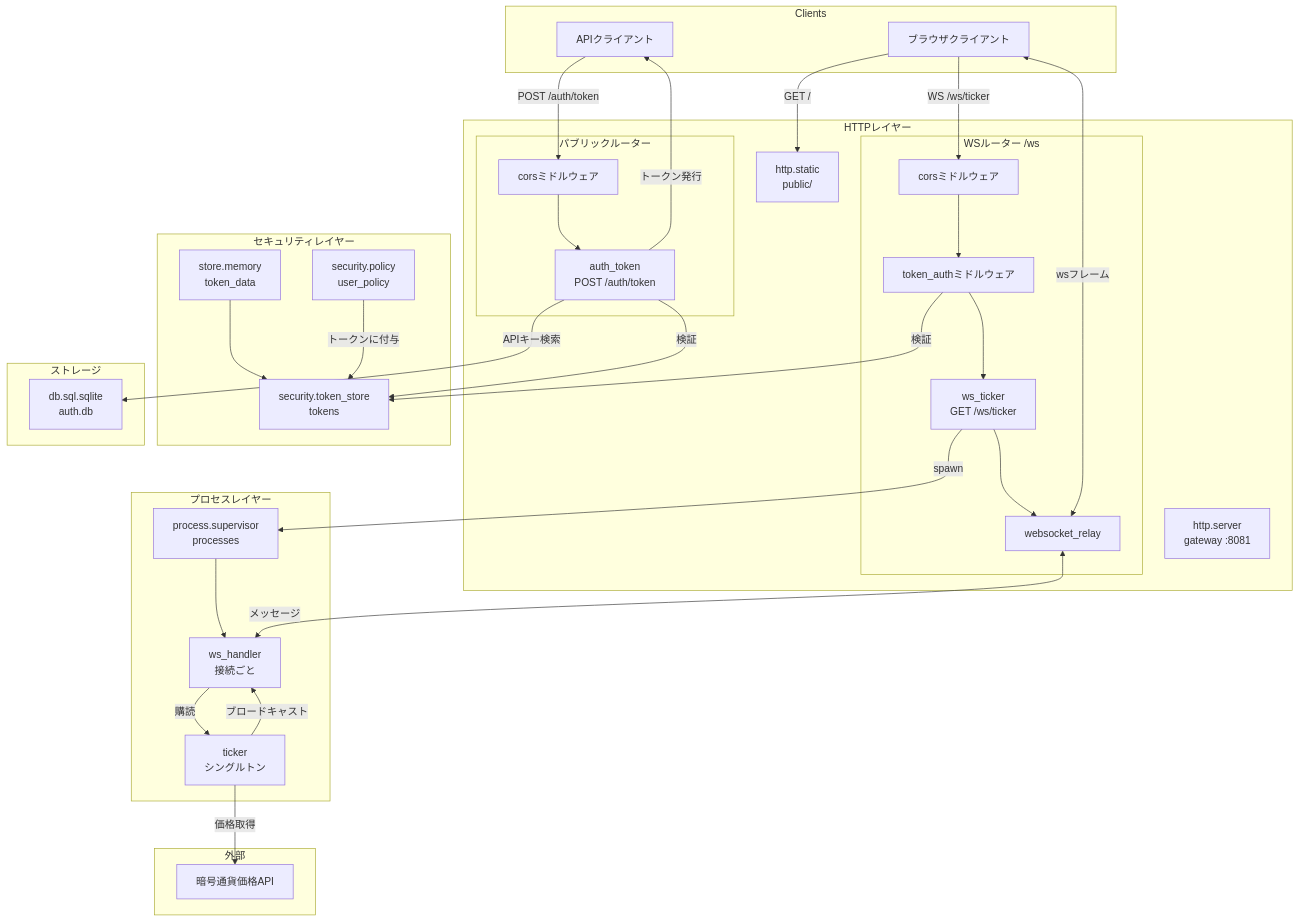
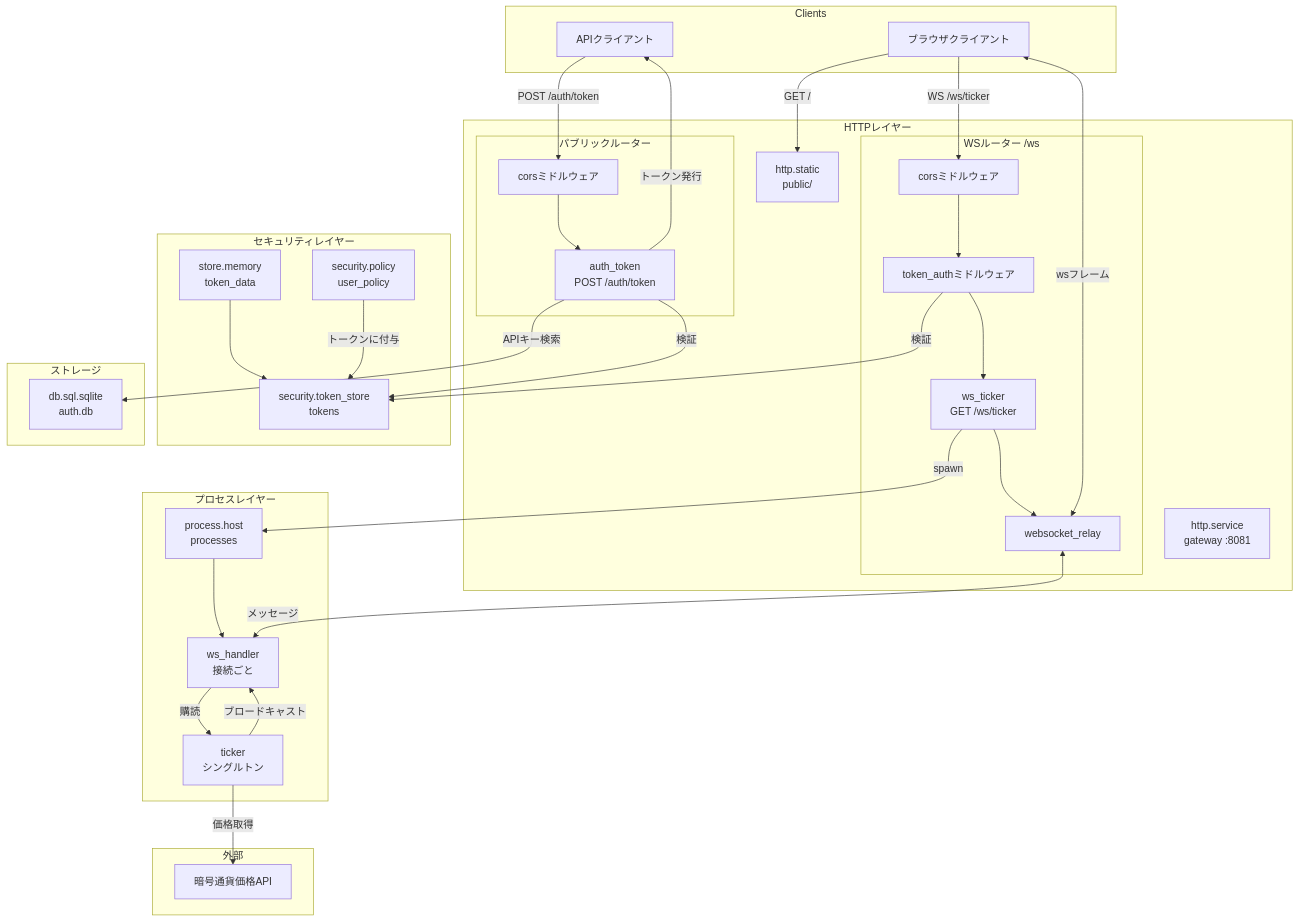
Before and after one commit to wippyai/docs: the diagram in ja/tutorials/auth.md, drawn with Mermaid. The commit also changed other lines of this file and 693 other files, not shown here.

````diff
--- a/ja/tutorials/auth.md
+++ b/ja/tutorials/auth.md
@@ -36,71 +36,71 @@
 ```mermaid
 flowchart TB
     subgraph Clients
         Browser[ブラウザクライアント]
         API[APIクライアント]
     end
 
     subgraph "HTTPレイヤー"
-        Server[http.server<br/>gateway :8081]
+        Server[http.service<br/>gateway :8081]
         Static[http.static<br/>public/]
 
         subgraph "パブリックルーター"
             CORS1[corsミドルウェア]
             AuthEndpoint[auth_token<br/>POST /auth/token]
         end
 
         subgraph "WSルーター /ws"
             CORS2[corsミドルウェア]
             TokenAuth[token_authミドルウェア]
             WSEndpoint[ws_ticker<br/>GET /ws/ticker]
             WSRelay[websocket_relay]
         end
     end
 
     subgraph "セキュリティレイヤー"
         TokenStore[security.token_store<br/>tokens]
         Policy[security.policy<br/>user_policy]
         MemStore[store.memory<br/>token_data]
     end
 
     subgraph "ストレージ"
         DB[db.sql.sqlite<br/>auth.db]
     end
 
     subgraph "プロセスレイヤー"
-        Supervisor[process.supervisor<br/>processes]
+        Supervisor[process.host<br/>processes]
         WSHandler[ws_handler<br/>接続ごと]
         Ticker[ticker<br/>シングルトン]
     end
 
     subgraph "外部"
         CryptoAPI[暗号通貨価格API]
     end
 
     Browser -->|"GET /"| Static
     API -->|"POST /auth/token"| CORS1
     Browser -->|"WS /ws/ticker"| CORS2
 
     CORS1 --> AuthEndpoint
     AuthEndpoint -->|検証| TokenStore
     AuthEndpoint -->|"トークン発行"| API
 
     CORS2 --> TokenAuth
     TokenAuth -->|検証| TokenStore
     TokenAuth --> WSEndpoint
     WSEndpoint -->|spawn| Supervisor
     Supervisor --> WSHandler
     WSEndpoint --> WSRelay
     WSRelay <-->|"メッセージ"| WSHandler
 
     MemStore --> TokenStore
     Policy -->|トークンに付与| TokenStore
 
     AuthEndpoint -->|APIキー検索| DB
 
     WSHandler -->|購読| Ticker
     Ticker -->|ブロードキャスト| WSHandler
     WSRelay <-->|"wsフレーム"| Browser
 
     Ticker -->|価格取得| CryptoAPI
 ```
````
